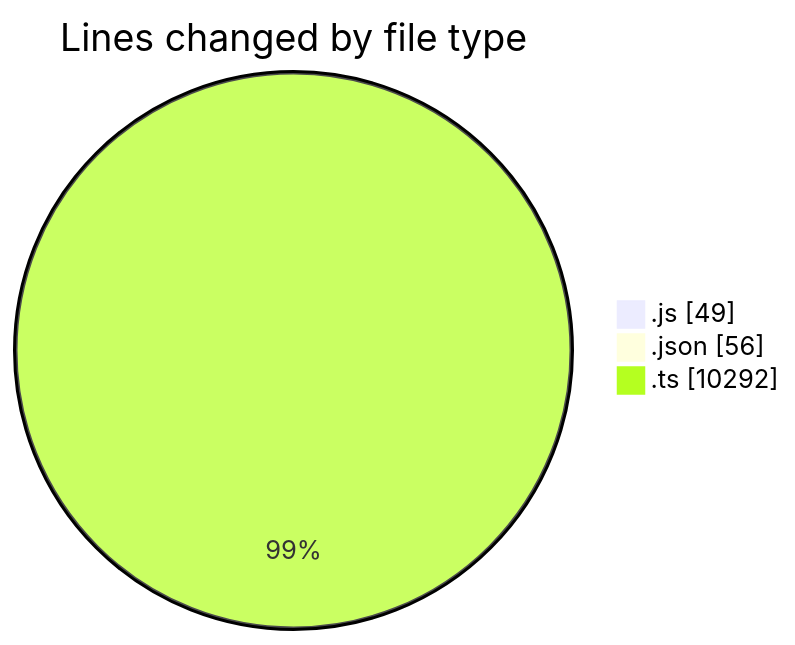
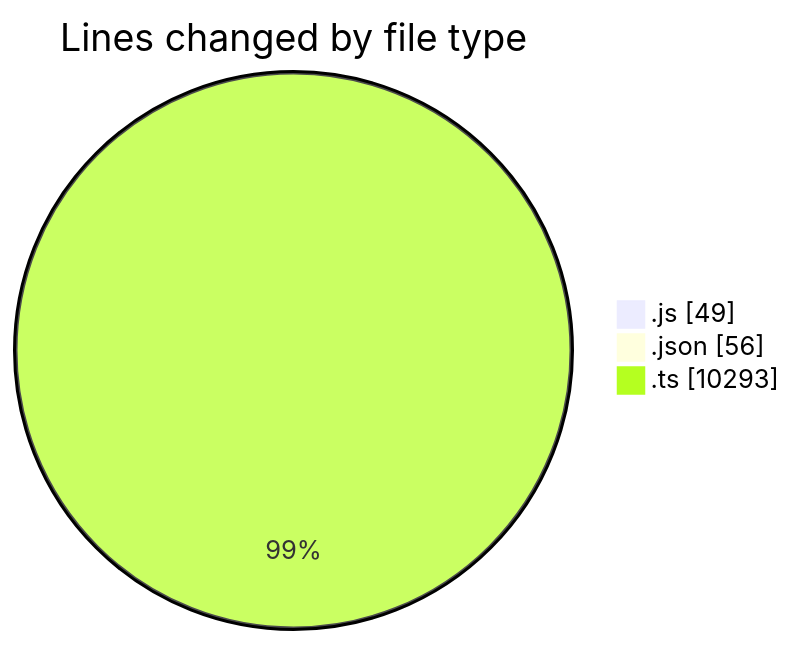
The first of 2 diagrams in 2025-09-04/cda/README.md (momahboobian/code-tracking), drawn with Mermaid before and after one commit. The commit also changed other lines of this file and 1 other file, not shown here.

````diff
--- a/2025-09-04/cda/README.md
+++ b/2025-09-04/cda/README.md
@@ -24,7 +24,7 @@
 ```mermaid
 pie showData
 title Lines changed by file type
 ".js" : 49
 ".json" : 56
-".ts" : 10292
+".ts" : 10293
 ```
````
